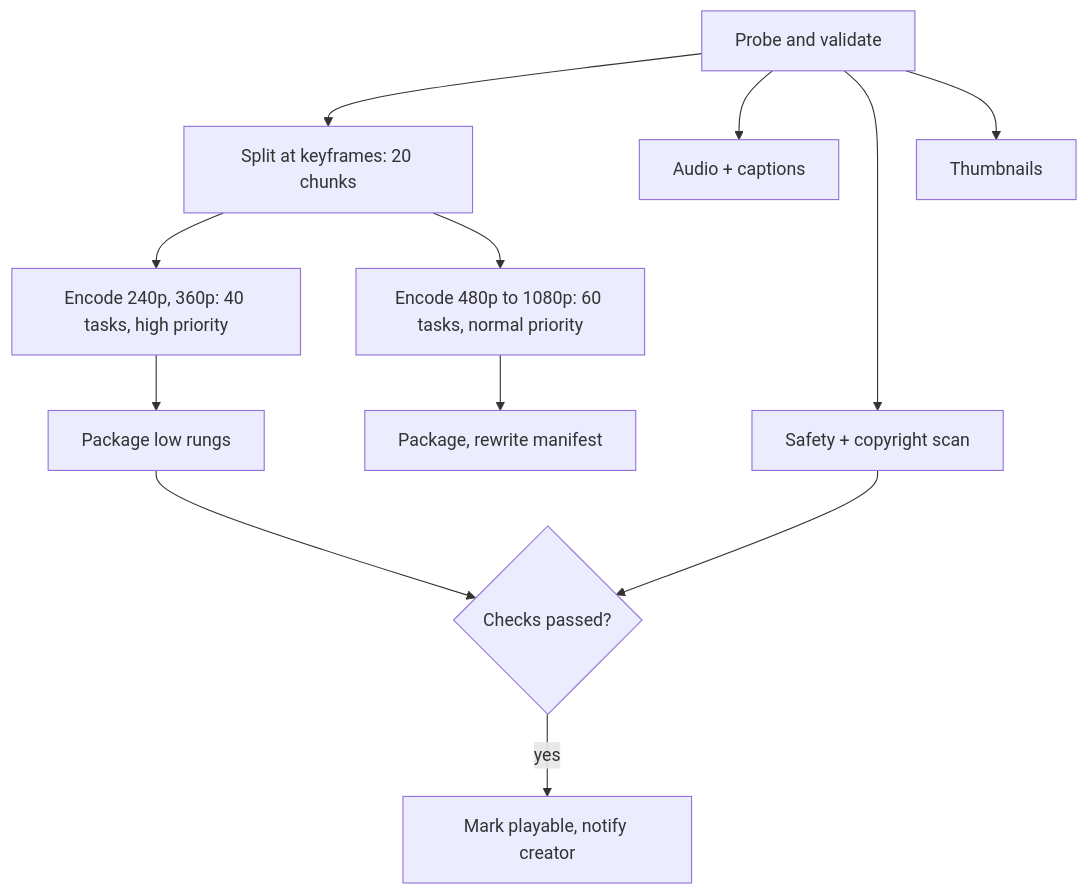
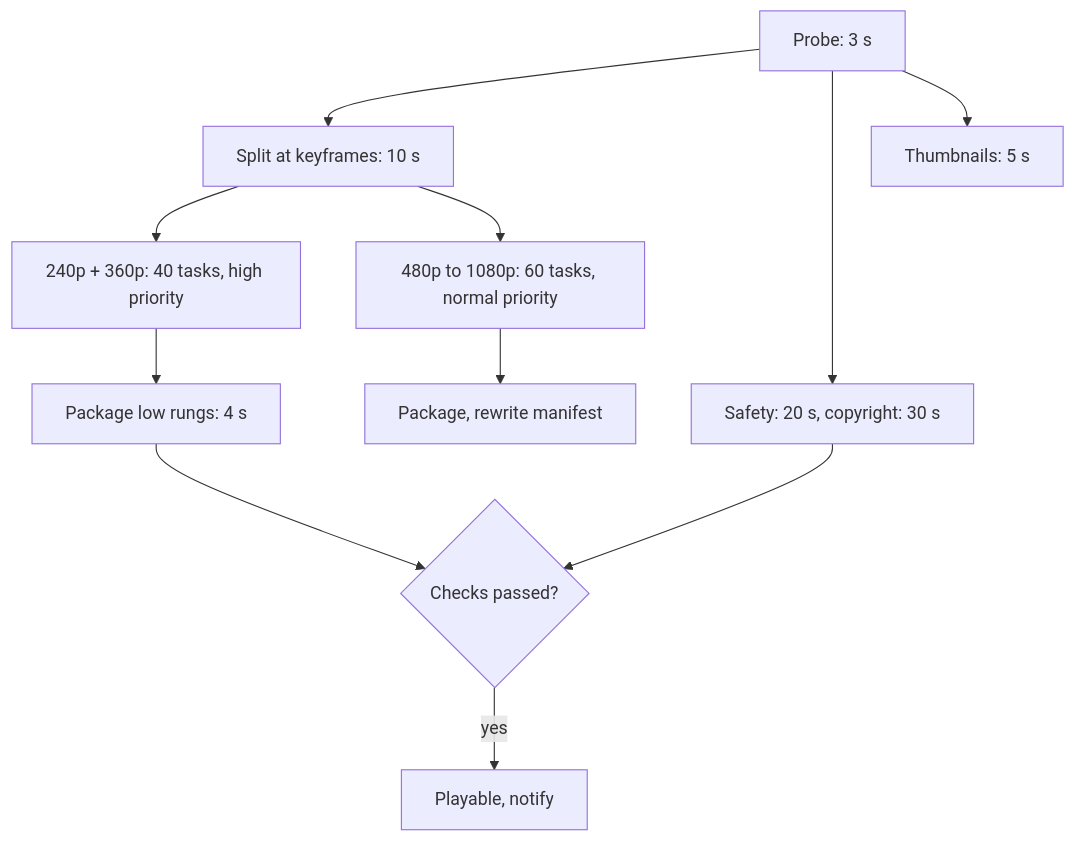
One commit to thull32/ascend changed the third of 3 diagrams in content/tracks/09-system-design/03-case-studies/07-video-upload-pipeline.md. Above: the diagram before and after it, drawn with Mermaid. The commit also changed other lines of this file and 8 other files, not shown here.

````diff
--- a/content/tracks/09-system-design/03-case-studies/07-video-upload-pipeline.md
+++ b/content/tracks/09-system-design/03-case-studies/07-video-upload-pipeline.md
@@ -139,14 +144,13 @@
 ```mermaid
 flowchart TD
-  P["Probe and validate"] --> S["Split at keyframes: 20 chunks"]
-  P --> A["Audio + captions"]
-  P --> M["Safety + copyright scan"]
-  P --> T["Thumbnails"]
-  S --> L["Encode 240p, 360p: 40 tasks, high priority"]
-  S --> H["Encode 480p to 1080p: 60 tasks, normal priority"]
-  L --> K1["Package low rungs"]
+  P["Probe: 3 s"] --> S["Split at keyframes: 10 s"]
+  P --> M["Safety: 20 s, copyright: 30 s"]
+  P --> T["Thumbnails: 5 s"]
+  S --> L["240p + 360p: 40 tasks, high priority"]
+  S --> H["480p to 1080p: 60 tasks, normal priority"]
+  L --> K1["Package low rungs: 4 s"]
   H --> K2["Package, rewrite manifest"]
   K1 --> G{"Checks passed?"}
   M --> G
-  G -->|"yes"| PUB["Mark playable, notify creator"]
+  G -->|"yes"| PUB["Playable, notify"]
 ```
````
